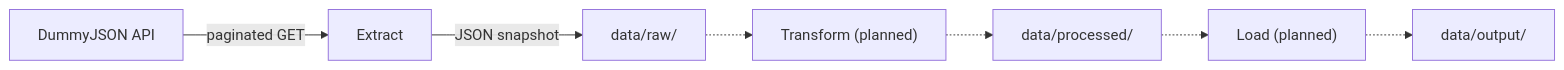
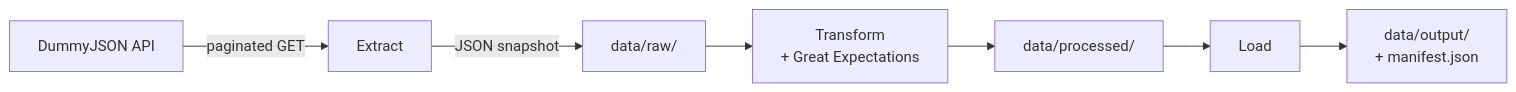
Before and after one commit to DiegoNovaData/etl-csv-excel-data: the first of 2 diagrams in README.md, drawn with Mermaid. The commit also changed other lines of this file and 21 other files, not shown here.

````diff
--- a/README.md
+++ b/README.md
@@ -28,9 +32,9 @@
 ```mermaid
 flowchart LR
     A[DummyJSON API] -->|paginated GET| B[Extract]
     B -->|JSON snapshot| C[data/raw/]
-    C -.-> D["Transform (planned)"]
-    D -.-> E[data/processed/]
-    E -.-> F["Load (planned)"]
-    F -.-> G[data/output/]
+    C --> D["Transform\n+ Great Expectations"]
+    D --> E[data/processed/]
+    E --> F[Load]
+    F --> G["data/output/\n+ manifest.json"]
 ```
````
